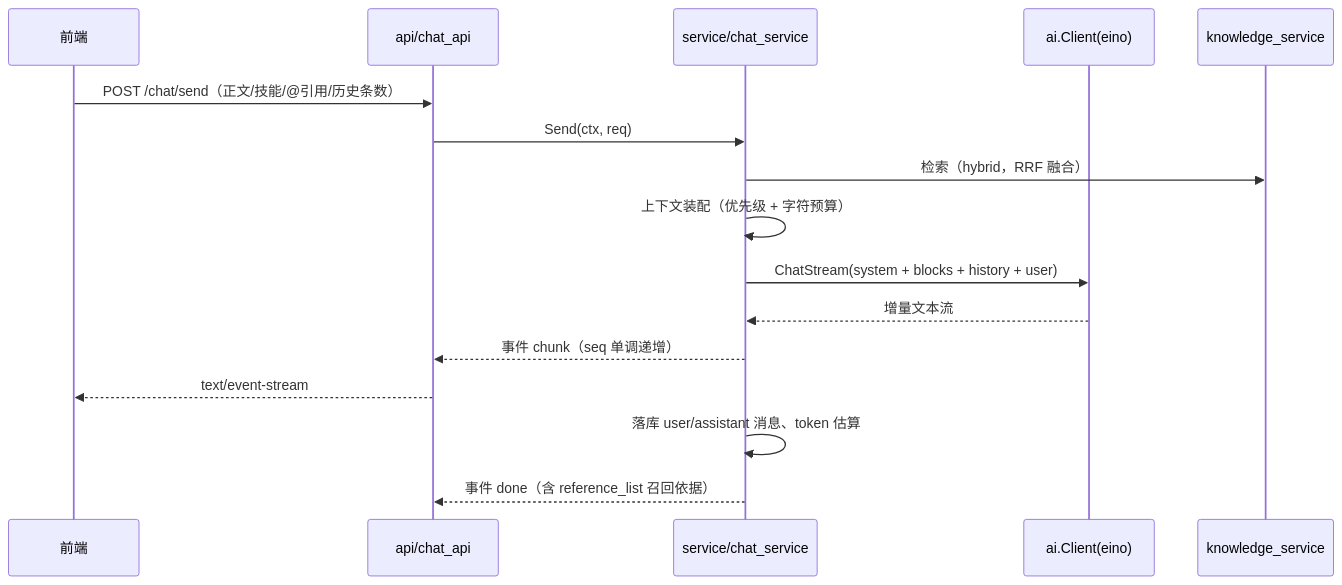
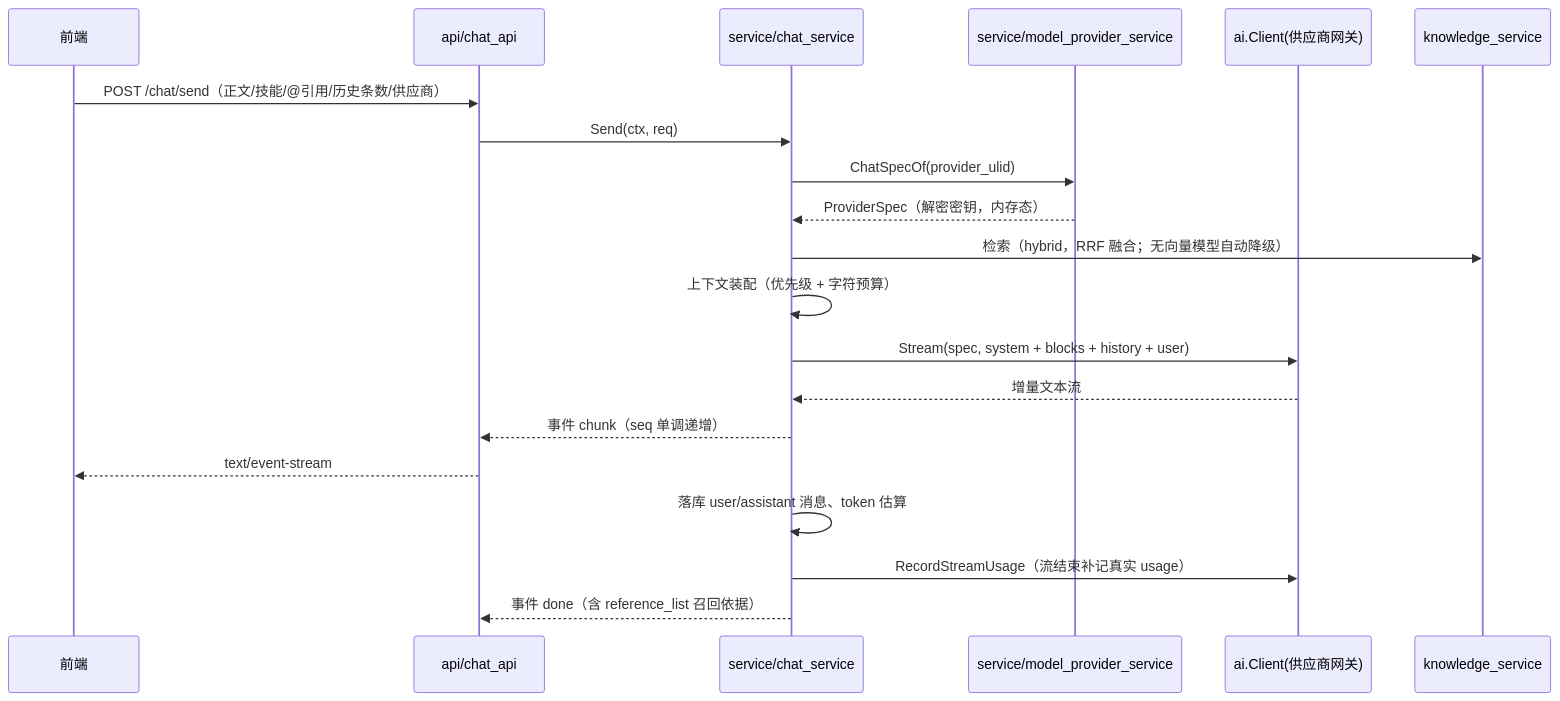
The diagram in doc/architecture.md (2132691342/NovelWorkbench), drawn with Mermaid before and after one commit. The commit also changed other lines of this file and 49 other files, not shown here.

````diff
--- a/doc/architecture.md
+++ b/doc/architecture.md
@@ -93,18 +95,22 @@
 ```mermaid
 sequenceDiagram
   participant FE as 前端
   participant API as api/chat_api
   participant SVC as service/chat_service
-  participant AI as ai.Client(eino)
+  participant PRV as service/model_provider_service
+  participant AI as ai.Client(供应商网关)
   participant RAG as knowledge_service
-  FE->>API: POST /chat/send（正文/技能/@引用/历史条数）
+  FE->>API: POST /chat/send（正文/技能/@引用/历史条数/供应商）
   API->>SVC: Send(ctx, req)
-  SVC->>RAG: 检索（hybrid，RRF 融合）
+  SVC->>PRV: ChatSpecOf(provider_ulid)
+  PRV-->>SVC: ProviderSpec（解密密钥，内存态）
+  SVC->>RAG: 检索（hybrid，RRF 融合；无向量模型自动降级）
   SVC->>SVC: 上下文装配（优先级 + 字符预算）
-  SVC->>AI: ChatStream(system + blocks + history + user)
+  SVC->>AI: Stream(spec, system + blocks + history + user)
   AI-->>SVC: 增量文本流
   SVC-->>API: 事件 chunk（seq 单调递增）
   API-->>FE: text/event-stream
   SVC->>SVC: 落库 user/assistant 消息、token 估算
+  SVC->>AI: RecordStreamUsage（流结束补记真实 usage）
   SVC-->>API: 事件 done（含 reference_list 召回依据）
 ```
````
